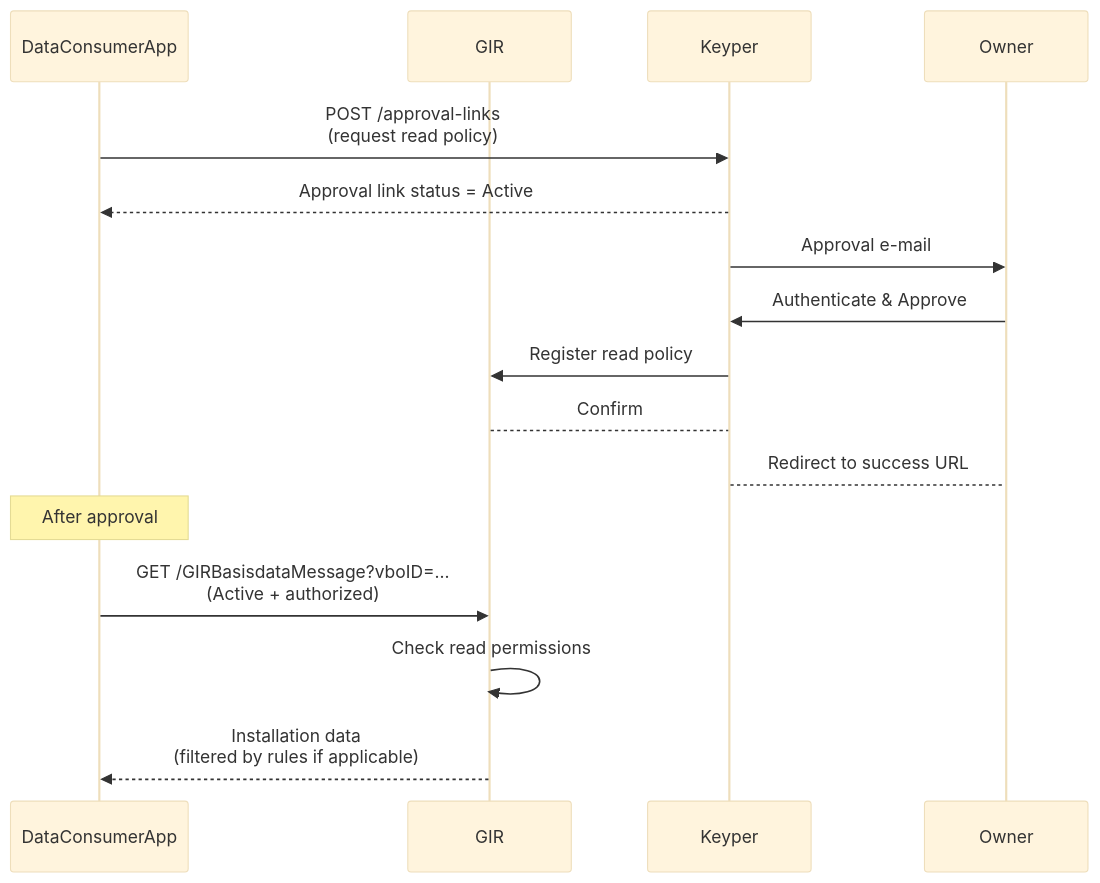
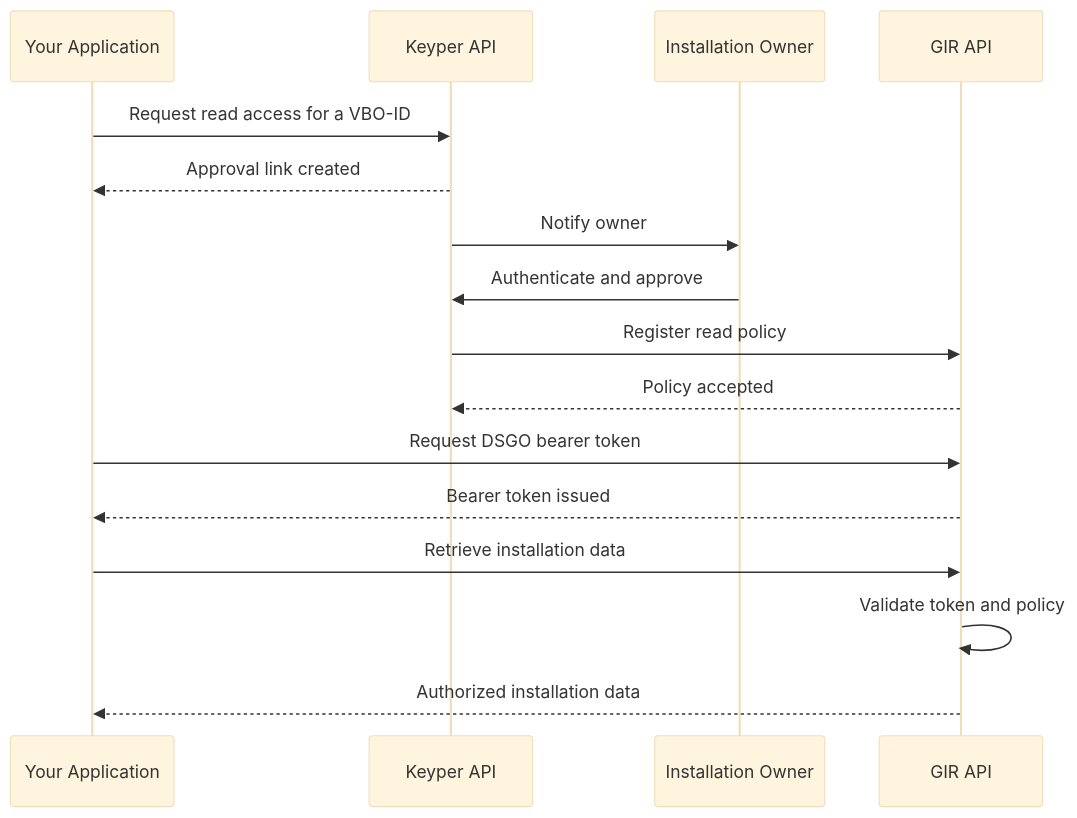
One commit to POORT8/Poort8.Docs changed the first of 6 diagrams in gir/data-consumer-flow.md. Above: the diagram before and after it, drawn with Mermaid (base theme). The commit also changed other lines of this file and 8 other files, not shown here.

````diff
--- a/gir/data-consumer-flow.md
+++ b/gir/data-consumer-flow.md
@@ -13,20 +24,21 @@
 ```mermaid
 sequenceDiagram
-    participant DataConsumerApp
-    participant GIR
-    participant Keyper
-    participant Owner
+    participant App as Your Application
+    participant Keyper as Keyper API
+    participant Owner as Installation Owner
+    participant GIR as GIR API
 
-    DataConsumerApp->>Keyper: POST /approval-links<br/>(request read policy)
-    Keyper-->>DataConsumerApp: Approval link status = Active
-    Keyper->>Owner: Approval e-mail
-    Owner->>Keyper: Authenticate & Approve
+    App->>Keyper: Request read access for a VBO-ID
+    Keyper-->>App: Approval link created
+    Keyper->>Owner: Notify owner
+    Owner->>Keyper: Authenticate and approve
     Keyper->>GIR: Register read policy
-    GIR-->Keyper: Confirm
-    Keyper-->Owner: Redirect to success URL
-    
-    Note over DataConsumerApp: After approval
-    DataConsumerApp->>GIR: GET /GIRBasisdataMessage?vboID=...<br/>(Active + authorized)
-    GIR->>GIR: Check read permissions
-    GIR-->>DataConsumerApp: Installation data<br/>(filtered by rules if applicable)
+    GIR-->>Keyper: Policy accepted
+
+    App->>GIR: Request DSGO bearer token
+    GIR-->>App: Bearer token issued
+
+    App->>GIR: Retrieve installation data
+    GIR->>GIR: Validate token and policy
+    GIR-->>App: Authorized installation data
 ```
````
